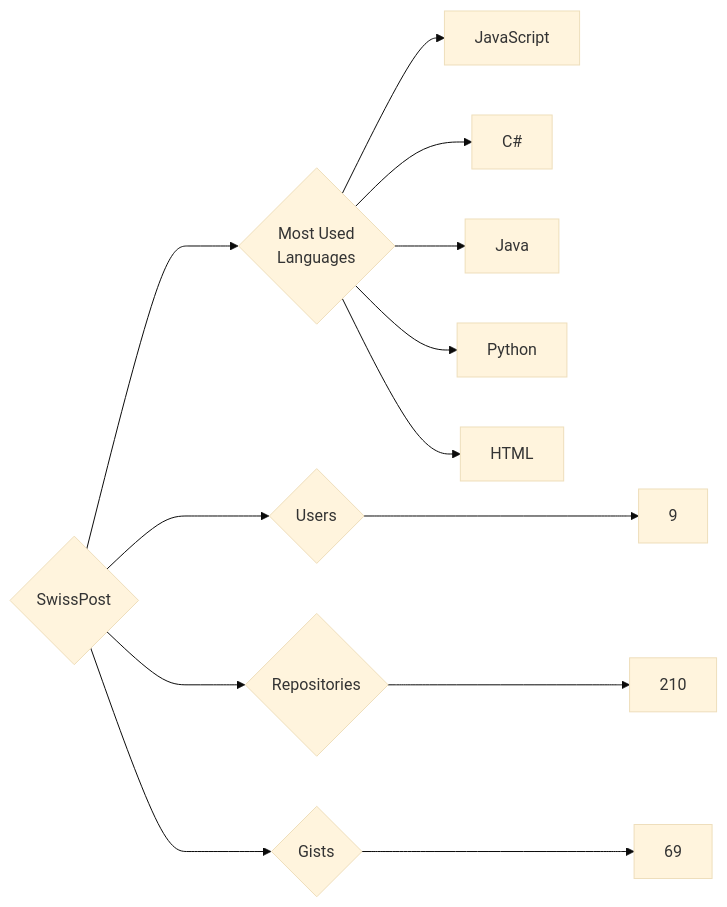
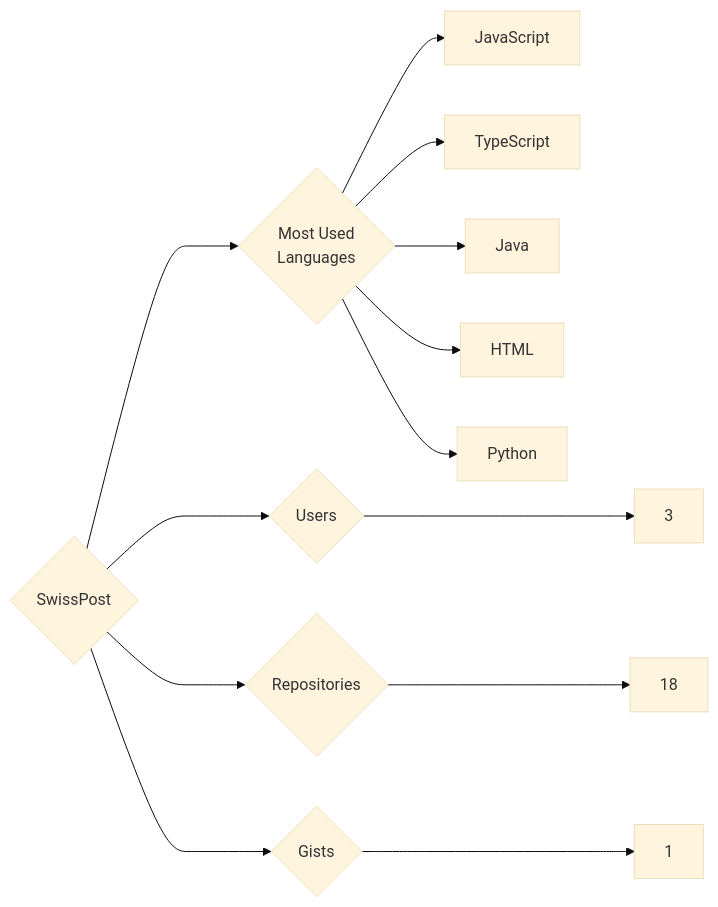
Before and after one commit to trickest/insiders: the diagram in targets/SwissPost/README.md, drawn with Mermaid (base theme). The commit also changed 1496 other files, not shown here.

````diff
--- a/targets/SwissPost/README.md
+++ b/targets/SwissPost/README.md
@@ -3,13 +3,13 @@
 ```mermaid
 graph LR
 COMPANY_NAME{SwissPost}
-COMPANY_NAME ---> U{Users} ---> UN[9]
-COMPANY_NAME ---> R{Repositories} ---> RN[210]
-COMPANY_NAME ---> G{Gists} ---> GN[69]
+COMPANY_NAME ---> U{Users} ---> UN[3]
+COMPANY_NAME ---> R{Repositories} ---> RN[18]
+COMPANY_NAME ---> G{Gists} ---> GN[1]
 COMPANY_NAME ---> ML{Most Used<br>Languages}
 ML --> JavaScript[JavaScript]
-ML --> C#[C#]
+ML --> TypeScript[TypeScript]
 ML --> Java[Java]
+ML --> HTML[HTML]
 ML --> Python[Python]
-ML --> HTML[HTML]
 ```
````
